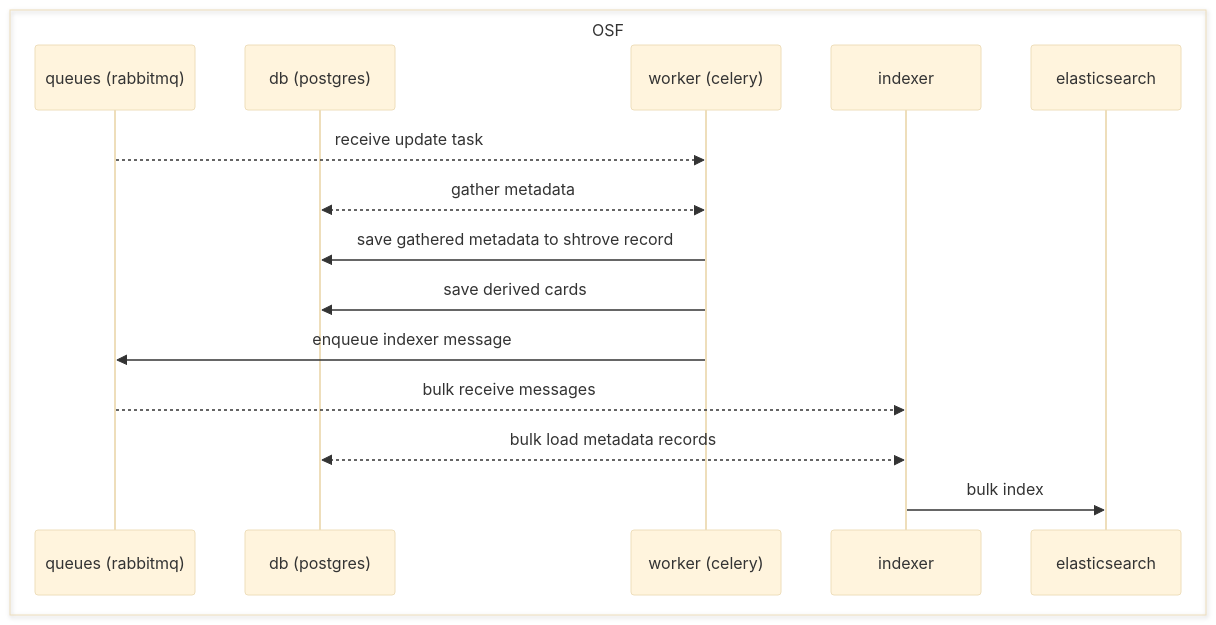
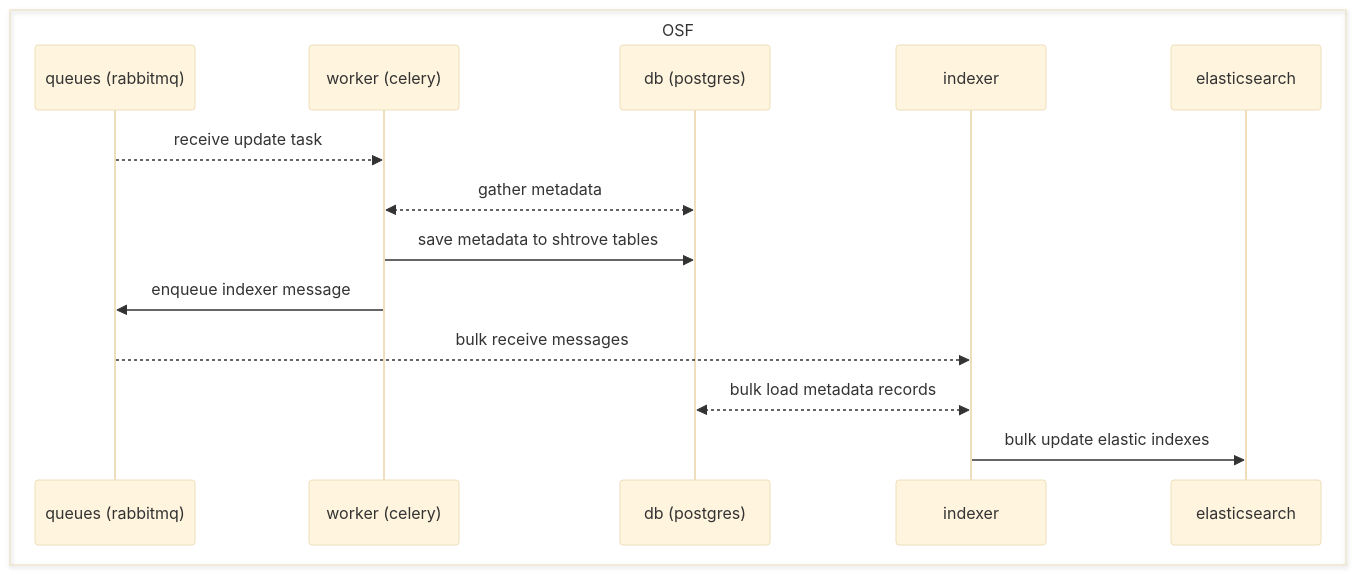
The second of 3 diagrams in _OSF_HYPOTHETICAL.md (aaxelb/django-shtrove), drawn with Mermaid (base theme) before and after one commit. The commit also changed other lines of this file, not shown here.

````diff
--- a/_OSF_HYPOTHETICAL.md
+++ b/_OSF_HYPOTHETICAL.md
@@ -39,18 +54,17 @@
 ```mermaid
 sequenceDiagram
     box OSF
     participant oq as queues (rabbitmq)
+    participant ow as worker (celery)
     participant od as db (postgres)
-    participant ow as worker (celery)
     participant si as indexer
     participant se as elasticsearch
     end
     oq -->> ow: receive update task
     od <<-->> ow: gather metadata
-    ow ->> od: save gathered metadata to shtrove record
-    ow ->> od: save derived cards
+    ow ->> od: save metadata to shtrove tables
     ow ->> oq: enqueue indexer message
     oq -->> si: bulk receive messages
     od <<-->> si: bulk load metadata records
-    si ->> se: bulk index
+    si ->> se: bulk update elastic indexes
 ```
````
